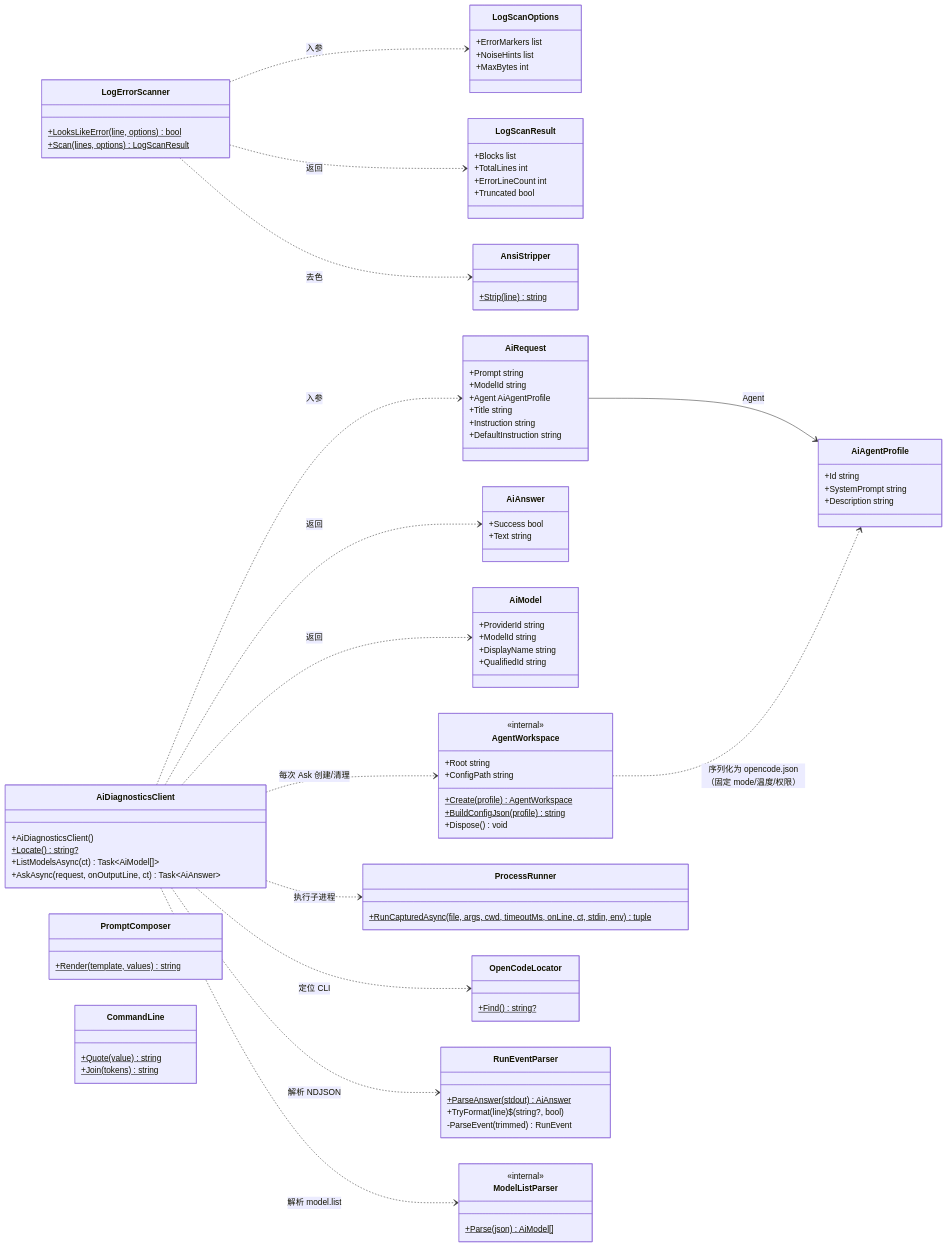
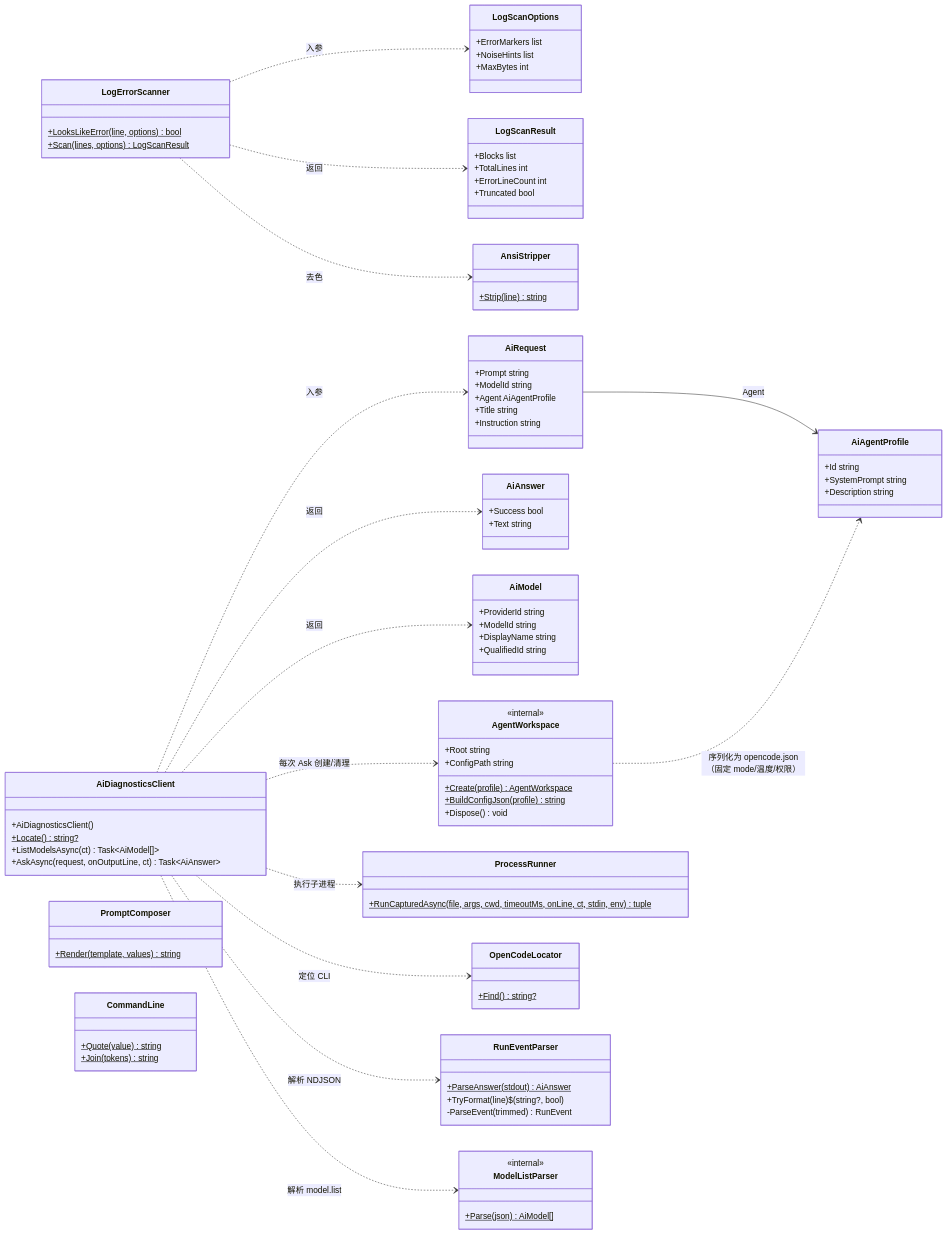
Before and after one commit to self-exiler/SongYueLauncher: the first of 2 diagrams in src/AiDiagnostics/README.md, drawn with Mermaid. The commit also changed other lines of this file and 22 other files, not shown here.

```diff
--- a/src/AiDiagnostics/README.md
+++ b/src/AiDiagnostics/README.md
@@ -226,7 +234,6 @@
         +Agent AiAgentProfile
         +Title string
         +Instruction string
-        +DefaultInstruction string
     }
 
     class AiAnswer {
```
